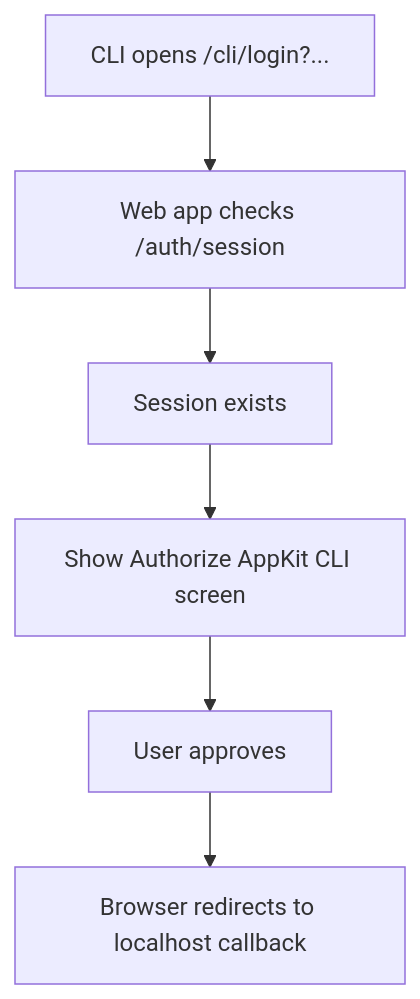
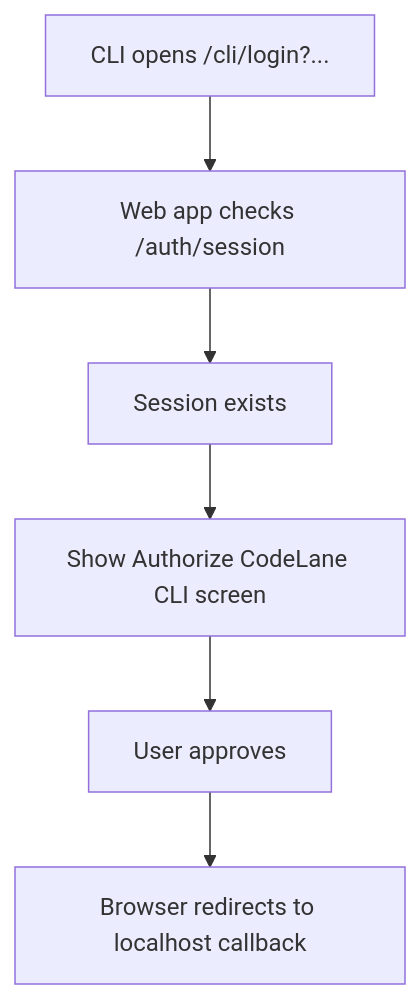
The fifth of 6 diagrams in docs/cli-auth.md (LucaMezz/codelane), drawn with Mermaid before and after one commit. The commit also changed other lines of this file and 96 other files, not shown here.

````diff
--- a/docs/cli-auth.md
+++ b/docs/cli-auth.md
@@ -666,8 +666,8 @@
 ```mermaid
 flowchart TD
   A["CLI opens /cli/login?..."] --> B["Web app checks /auth/session"]
   B --> C["Session exists"]
-  C --> D["Show Authorize AppKit CLI screen"]
+  C --> D["Show Authorize CodeLane CLI screen"]
   D --> E["User approves"]
   E --> F["Browser redirects to localhost callback"]
 ```
````
